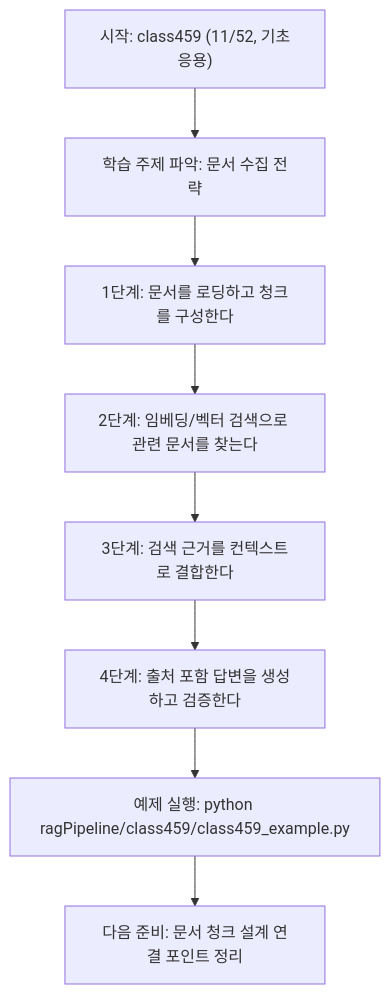
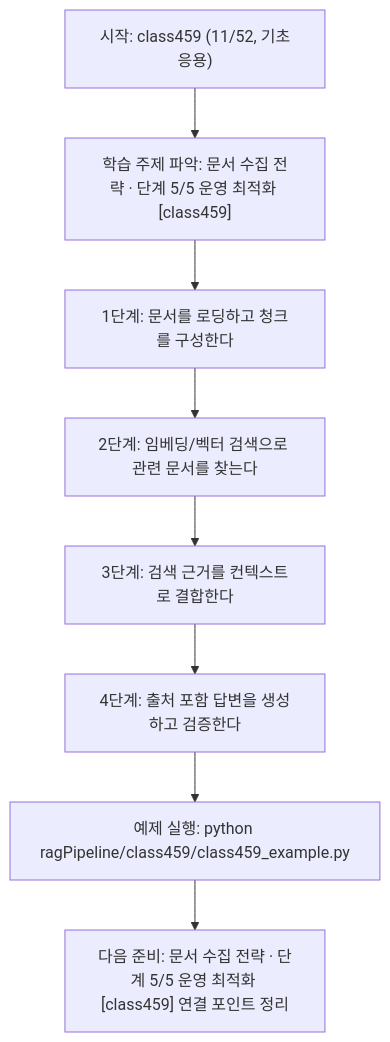
The diagram in ragPipeline/class459/class459.md (edumgt/Python-AI_Agent-Class), drawn with Mermaid before and after one commit. The commit also changed other lines of this file and 522 other files, not shown here.

````diff
--- a/ragPipeline/class459/class459.md
+++ b/ragPipeline/class459/class459.md
@@ -110,18 +111,18 @@
 ```mermaid
 flowchart TD
 N1["시작: class459 (11/52, 기초응용)"]
-N2["학습 주제 파악: 문서 수집 전략"]
+N2["학습 주제 파악: 문서 수집 전략 · 단계 5/5 운영 최적화 [class459]"]
 N3["1단계: 문서를 로딩하고 청크를 구성한다"]
 N4["2단계: 임베딩/벡터 검색으로 관련 문서를 찾는다"]
 N5["3단계: 검색 근거를 컨텍스트로 결합한다"]
 N6["4단계: 출처 포함 답변을 생성하고 검증한다"]
 N7["예제 실행: python ragPipeline/class459/class459_example.py"]
-N8["다음 준비: 문서 청크 설계 연결 포인트 정리"]
+N8["다음 준비: 문서 수집 전략 · 단계 5/5 운영 최적화 [class459] 연결 포인트 정리"]
 N1 --> N2
 N2 --> N3
 N3 --> N4
 N4 --> N5
 N5 --> N6
 N6 --> N7
 N7 --> N8
 ```
````
